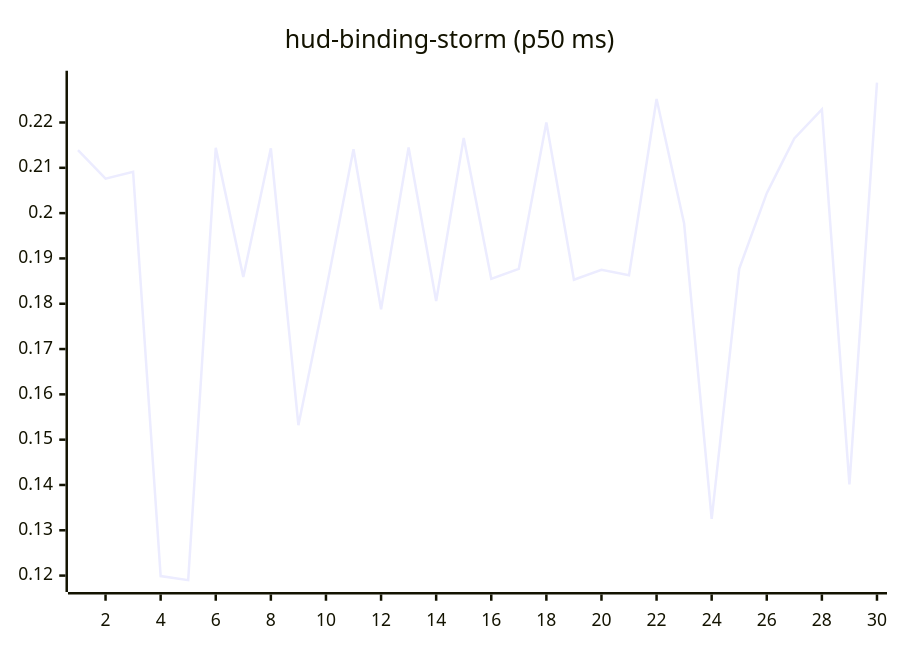
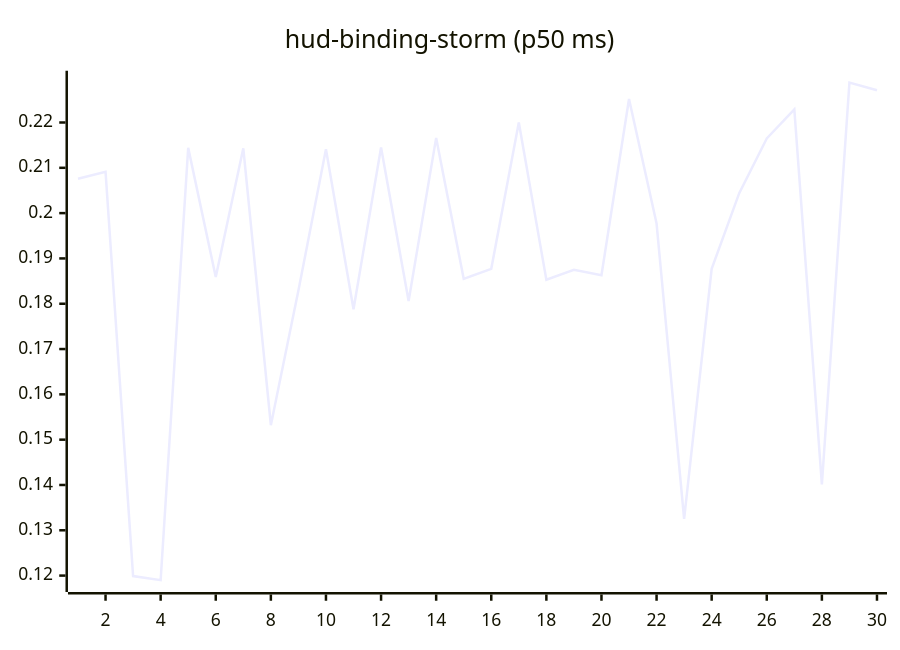
One commit to josha/Facet changed the tenth of 27 diagrams in README.md. Above: the diagram before and after it, drawn with Mermaid. The commit also changed other lines of this file and 2 other files, not shown here.

````diff
--- a/README.md
+++ b/README.md
@@ -126,6 +126,6 @@
 ```mermaid
 xychart-beta
     title "hud-binding-storm (p50 ms)"
     x-axis 1 --> 30
-    line [0.2139, 0.2076, 0.2091, 0.1199, 0.1190, 0.2144, 0.1859, 0.2143, 0.1532, 0.1829, 0.2141, 0.1788, 0.2145, 0.1806, 0.2166, 0.1855, 0.1877, 0.2200, 0.1853, 0.1875, 0.1863, 0.2252, 0.1977, 0.1325, 0.1877, 0.2044, 0.2165, 0.2229, 0.1401, 0.2288]
+    line [0.2076, 0.2091, 0.1199, 0.1190, 0.2144, 0.1859, 0.2143, 0.1532, 0.1829, 0.2141, 0.1788, 0.2145, 0.1806, 0.2166, 0.1855, 0.1877, 0.2200, 0.1853, 0.1875, 0.1863, 0.2252, 0.1977, 0.1325, 0.1877, 0.2044, 0.2165, 0.2229, 0.1401, 0.2288, 0.2271]
 ```
````
